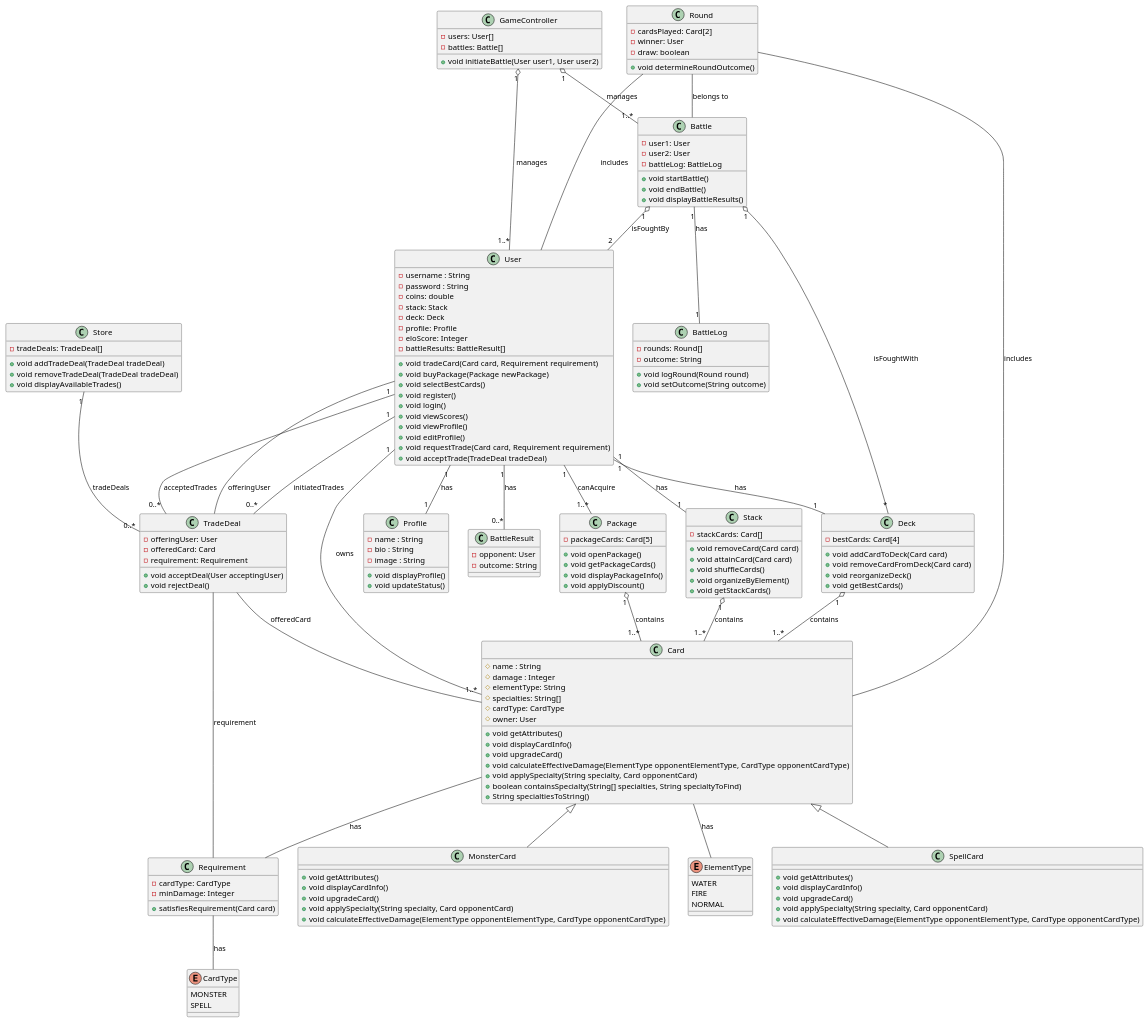
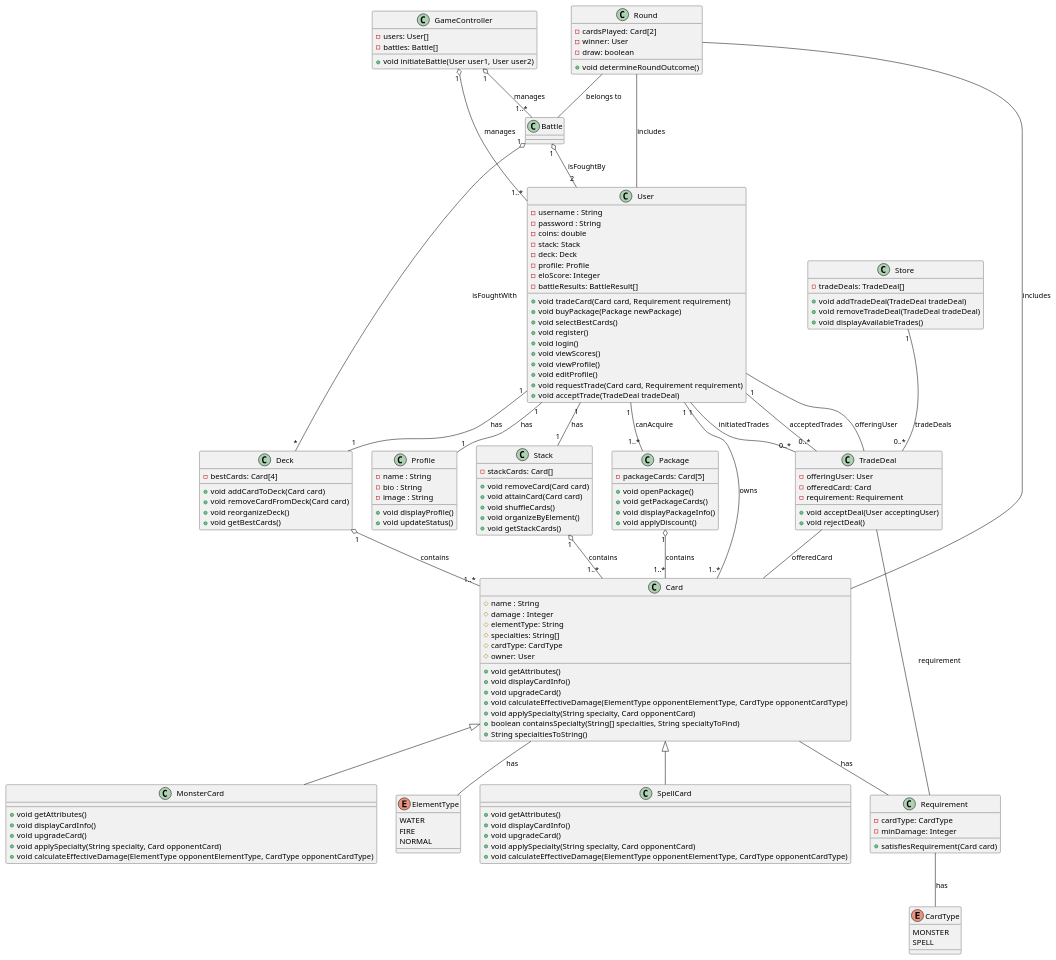
One commit to gregory567/Monster-Trading-Cards-Game-MTCG changed the diagram in src/main/java/org/example/Klassen.puml. Above: the diagram before and after it, drawn with PlantUML. The commit also changed 10 other files, not shown here.

```diff
--- a/src/main/java/org/example/Klassen.puml
+++ b/src/main/java/org/example/Klassen.puml
@@ -1,194 +1,175 @@
 @startuml
 'https://plantuml.com/sequence-diagram
 
 class User {
     - username : String
     - password : String
     - coins: double
     - stack: Stack
     - deck: Deck
     - profile: Profile
     - eloScore: Integer
     - battleResults: BattleResult[]
     + void tradeCard(Card card, Requirement requirement)
     + void buyPackage(Package newPackage)
     + void selectBestCards()
     + void register()
     + void login()
     + void viewScores()
     + void viewProfile()
     + void editProfile()
     + void requestTrade(Card card, Requirement requirement)
     + void acceptTrade(TradeDeal tradeDeal)
 }
 
 class Store {
     - tradeDeals: TradeDeal[]
     + void addTradeDeal(TradeDeal tradeDeal)
     + void removeTradeDeal(TradeDeal tradeDeal)
     + void displayAvailableTrades()
 }
 
 class TradeDeal {
     - offeringUser: User
     - offeredCard: Card
     - requirement: Requirement
     + void acceptDeal(User acceptingUser)
     + void rejectDeal()
 }
 
 class Profile {
     - name : String
     - bio : String
     - image : String
     + void displayProfile()
     + void updateStatus()
 }
 
 class Card {
     # name : String
     # damage : Integer
     # elementType: String
     # specialties: String[]
     # cardType: CardType
     # owner: User
     + void getAttributes()
     + void displayCardInfo()
     + void upgradeCard()
     + void calculateEffectiveDamage(ElementType opponentElementType, CardType opponentCardType)
     + void applySpecialty(String specialty, Card opponentCard)
     + boolean containsSpecialty(String[] specialties, String specialtyToFind)
     + String specialtiesToString()
 }
 
 class SpellCard {
     + void getAttributes()
     + void displayCardInfo()
     + void upgradeCard()
     + void applySpecialty(String specialty, Card opponentCard)
     + void calculateEffectiveDamage(ElementType opponentElementType, CardType opponentCardType)
 }
 
 class MonsterCard {
     + void getAttributes()
     + void displayCardInfo()
     + void upgradeCard()
     + void applySpecialty(String specialty, Card opponentCard)
     + void calculateEffectiveDamage(ElementType opponentElementType, CardType opponentCardType)
 }
 
 class Stack{
     - stackCards: Card[]
     + void removeCard(Card card)
     + void attainCard(Card card)
     + void shuffleCards()
     + void organizeByElement()
     + void getStackCards()
 }
 
 class Package {
     - packageCards: Card[5]
     + void openPackage()
     + void getPackageCards()
     + void displayPackageInfo()
     + void applyDiscount()
 }
 
 class Deck {
     - bestCards: Card[4]
     + void addCardToDeck(Card card)
     + void removeCardFromDeck(Card card)
     + void reorganizeDeck()
     + void getBestCards()
 }
 
 enum ElementType {
     WATER
     FIRE
     NORMAL
 }
 
 class Requirement {
     - cardType: CardType
     - minDamage: Integer
     + satisfiesRequirement(Card card)
 }
 
 enum CardType {
     MONSTER
     SPELL
 }
 
-class Battle {
-    - user1: User
-    - user2: User
-    - battleLog: BattleLog
-    + void startBattle()
-    + void endBattle()
-    + void displayBattleResults()
-}
-
 class GameController {
     - users: User[]
     - battles: Battle[]
     + void initiateBattle(User user1, User user2)
-}
-
-class BattleLog {
-    - rounds: Round[]
-    - outcome: String
-    + void logRound(Round round)
-    + void setOutcome(String outcome)
 }
 
 class Round {
     - cardsPlayed: Card[2]
     - winner: User
     - draw: boolean
     + void determineRoundOutcome()
 }
 
-class BattleResult {
-    - opponent: User
-    - outcome: String
+class Battle {
+
 }
 
 Card <|-- MonsterCard
 Card <|-- SpellCard
 
 User "1" -- "1..*" Card : owns
 User "1" -- "1" Deck : has
 User "1" -- "1..*" Package : canAcquire
 User "1" -- "1" Stack : has
 User "1" -- "1" Profile : has
-User "1" -- "0..*" BattleResult : has
 
 Stack "1" o-- "1..*" Card : contains
 Package "1" o-- "1..*" Card : contains
 Deck "1" o-- "1..*" Card : contains
 
 Battle "1" o-- "*" Deck : isFoughtWith
 Battle "1" o-- "2" User : isFoughtBy
-Battle "1" -- "1" BattleLog : has
 
 GameController "1" o-- "1..*" User : manages
 GameController "1" o-- "1..*" Battle : manages
 
 Card -- ElementType : has
 Card -- Requirement : has
 Requirement -- CardType : has
 
 Round -- Card : includes
 Round -- User : includes
 Round -- Battle : belongs to
 
 TradeDeal -- User : offeringUser
 TradeDeal -- Card : offeredCard
 TradeDeal -- Requirement : requirement
 
 Store "1" -- "0..*" TradeDeal : tradeDeals
 
 User "1" -- "0..*" TradeDeal : initiatedTrades
 User "1" -- "0..*" TradeDeal : acceptedTrades
 
 @enduml
```
